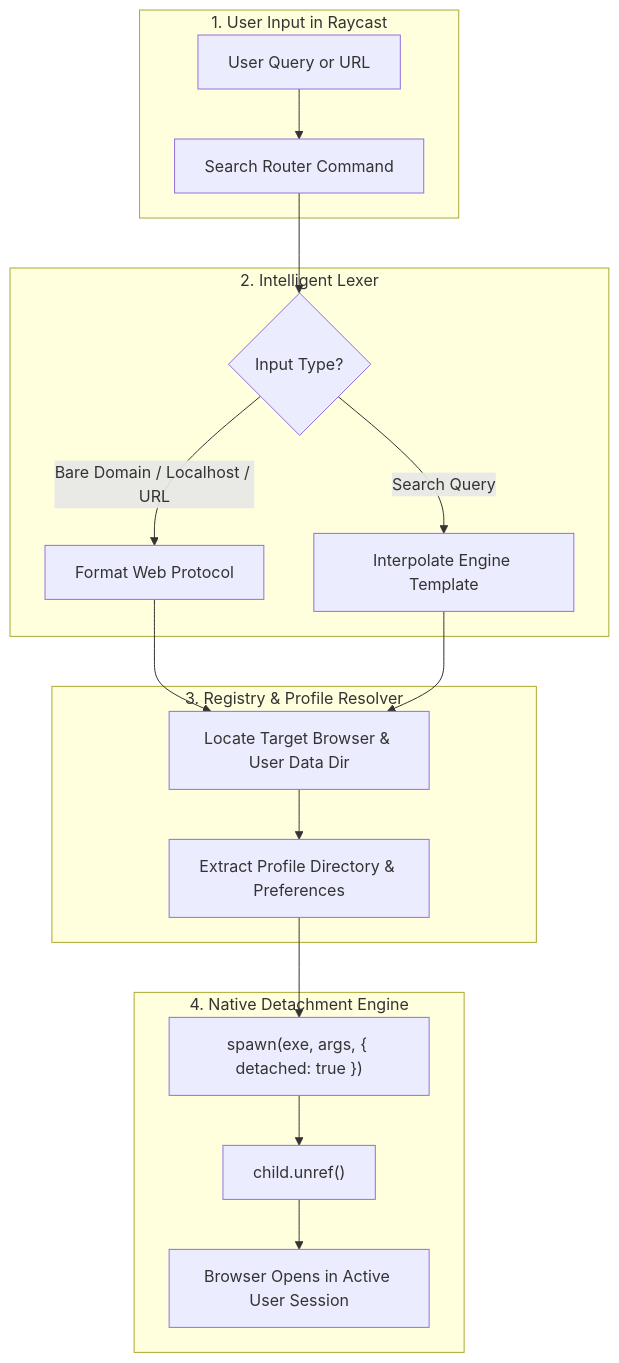
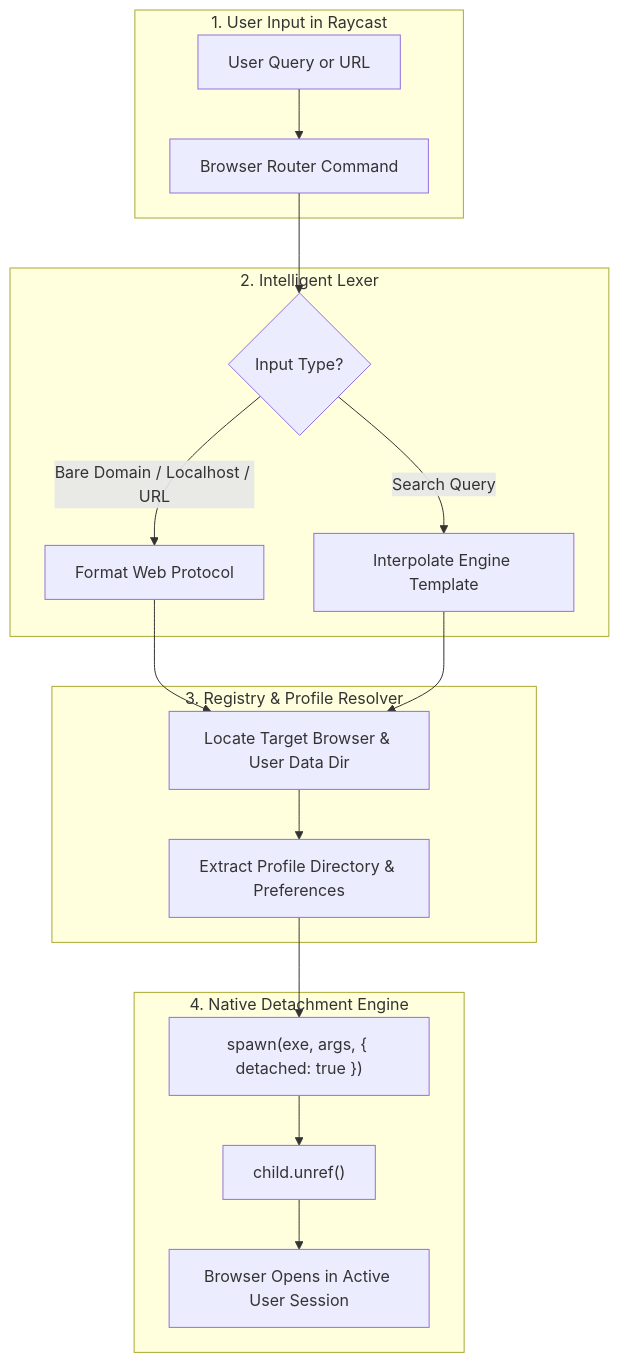
Before and after one commit to raghavg02/browser-router: the diagram in README.md, drawn with Mermaid. The commit also changed other lines of this file and 15 other files, not shown here.

Commit message:
chore: rename extension to Browser Router (browser-router)

````diff
--- a/README.md
+++ b/README.md
@@ -166,24 +166,24 @@
 ```mermaid
 flowchart TD
     subgraph Input ["1. User Input in Raycast"]
-        A[User Query or URL] --> B[Search Router Command]
+        A[User Query or URL] --> B[Browser Router Command]
     end
 
     subgraph Lexer ["2. Intelligent Lexer"]
         B --> C{Input Type?}
         C -->|Bare Domain / Localhost / URL| D[Format Web Protocol]
         C -->|Search Query| E[Interpolate Engine Template]
     end
 
     subgraph Discovery ["3. Registry & Profile Resolver"]
         D --> F[Locate Target Browser & User Data Dir]
         E --> F
         F --> G[Extract Profile Directory & Preferences]
     end
 
     subgraph Launcher ["4. Native Detachment Engine"]
         G --> H["spawn(exe, args, { detached: true })"]
         H --> I["child.unref()"]
         I --> J[Browser Opens in Active User Session]
     end
 ```
````
